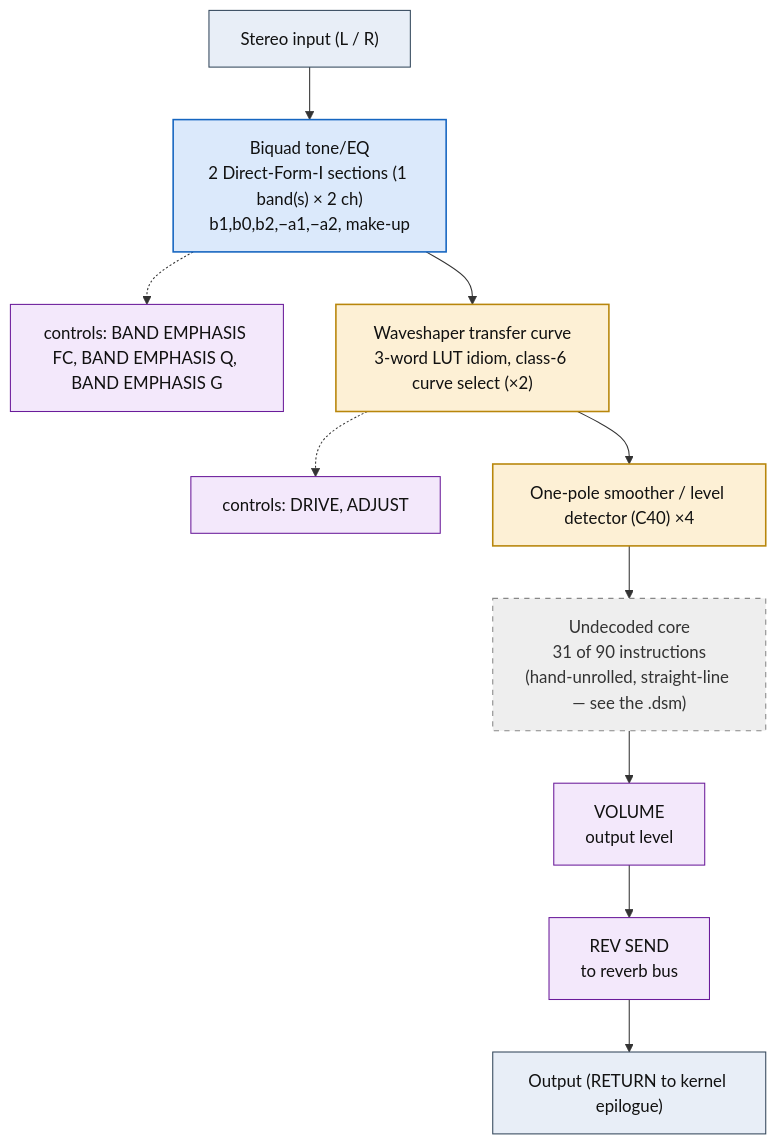
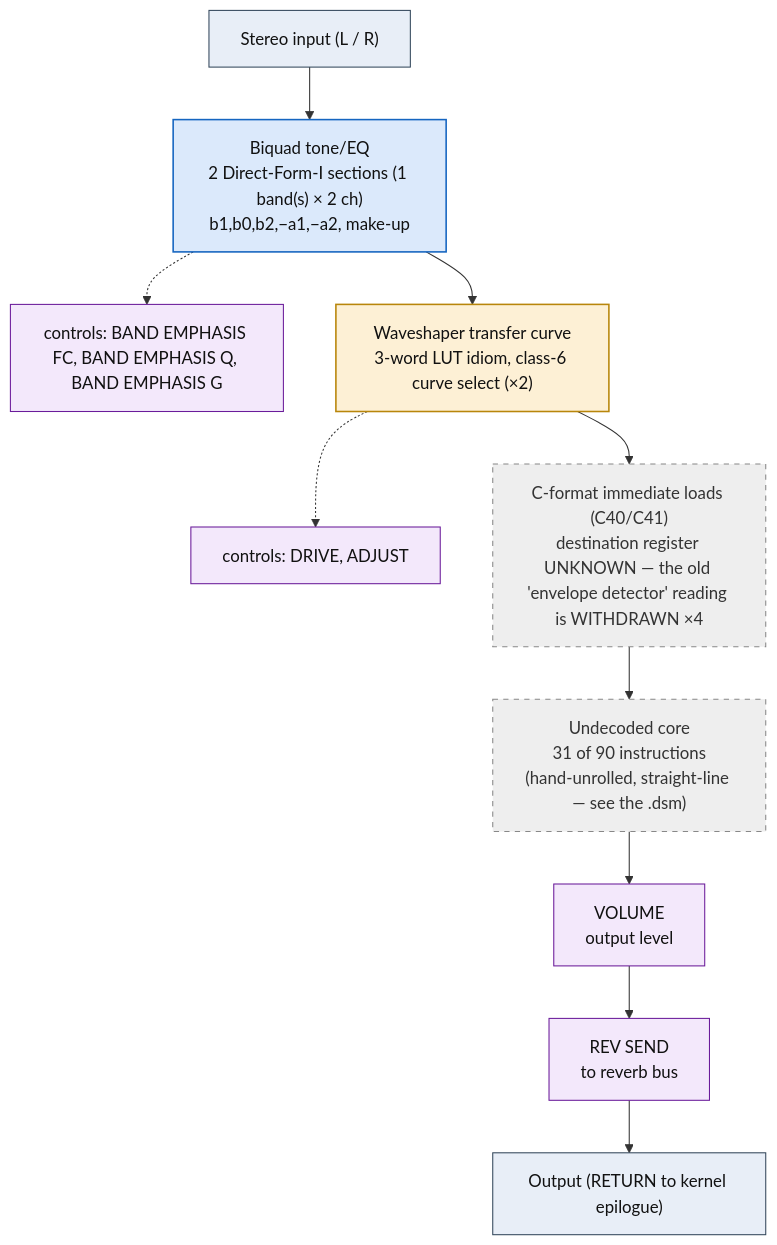
The diagram in dsp/flowcharts/prog96_peq_compr_dist.md (ArqueologiaDigital/kn5000-roms-disasm), drawn with Mermaid before and after one commit. The commit also changed other lines of this file and 86 other files, not shown here.

````diff
--- a/dsp/flowcharts/prog96_peq_compr_dist.md
+++ b/dsp/flowcharts/prog96_peq_compr_dist.md
@@ -12,34 +12,34 @@
 ```mermaid
 flowchart TD
     N0["Stereo input (L / R)"]
     N1["Biquad tone/EQ<br/>2 Direct-Form-I sections (1 band(s) &times; 2 ch)<br/>b1,b0,b2,&minus;a1,&minus;a2, make-up"]
     N0 --> N1
     N2["controls: BAND EMPHASIS FC, BAND EMPHASIS Q, BAND EMPHASIS G"]
     N1 -.-> N2
     N3["Waveshaper transfer curve<br/>3-word LUT idiom, class-6 curve select (&times;2)"]
     N1 --> N3
     N4["controls: DRIVE, ADJUST"]
     N3 -.-> N4
-    N5["One-pole smoother / level detector (C40) &times;4"]
+    N5["C-format immediate loads (C40/C41)<br/>destination register UNKNOWN &mdash; the old 'envelope detector' reading is WITHDRAWN &times;4"]
     N3 --> N5
     N6["Undecoded core<br/>31 of 90 instructions<br/>(hand-unrolled, straight-line &mdash; see the .dsm)"]
     N5 --> N6
     N7["VOLUME<br/>output level"]
     N6 --> N7
     N8["REV SEND<br/>to reverb bus"]
     N7 --> N8
     N9["Output (RETURN to kernel epilogue)"]
     N8 --> N9
 
     classDef io fill:#e8eef7,stroke:#33475b,stroke-width:1px,color:#111;
     classDef proven fill:#d7f0d7,stroke:#2e7d32,stroke-width:2px,color:#111;
     classDef measured fill:#dbe9fb,stroke:#1565c0,stroke-width:1.5px,color:#111;
     classDef inferred fill:#fdf0d5,stroke:#b8860b,stroke-width:1.5px,color:#111;
     classDef open fill:#eeeeee,stroke:#888,stroke-width:1px,color:#333,stroke-dasharray:5 5;
     classDef ctrl fill:#f3e8fb,stroke:#6a1b9a,stroke-width:1px,color:#111;
     class N0,N9 io;
     class N1 measured;
     class N2,N4,N7,N8 ctrl;
-    class N3,N5 inferred;
-    class N6 open;
+    class N3 inferred;
+    class N5,N6 open;
 ```
````
